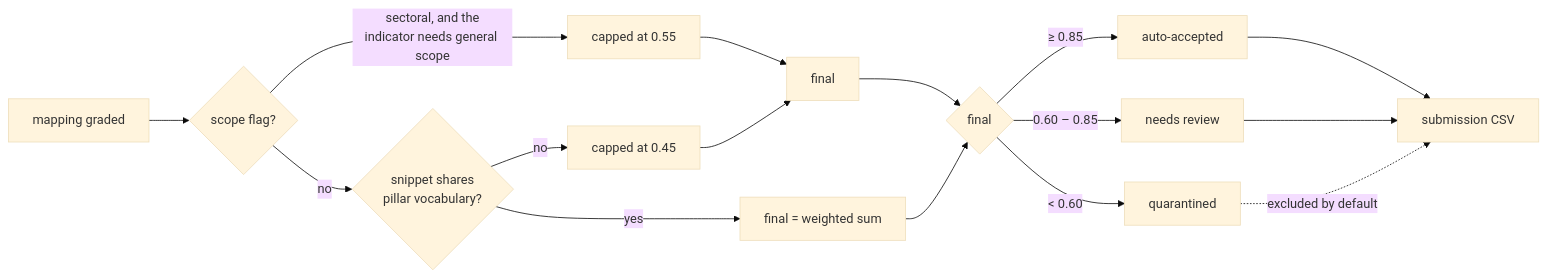
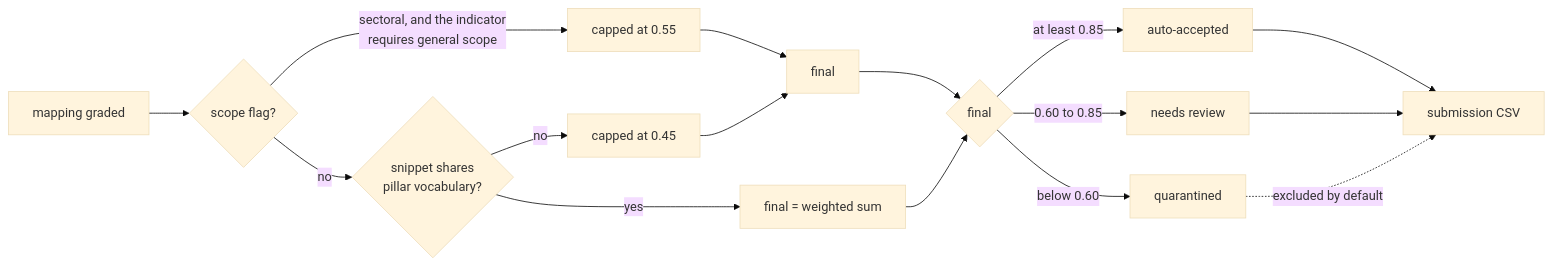
The fifth of 5 diagrams in docs/ARCHITECTURE.md (ftulabs/law-v2.0), drawn with Mermaid (base theme) before and after one commit. The commit also changed other lines of this file and 1 other file, not shown here.

First line of the commit message:
fix(docs): restore ARCHITECTURE.md, which the previous commit destroyed

````diff
--- a/docs/ARCHITECTURE.md
+++ b/docs/ARCHITECTURE.md
@@ -219,18 +183,18 @@
 ```mermaid
 flowchart LR
     M["mapping graded"] --> S{"scope flag?"}
-    S -->|"sectoral, and the<br/>indicator needs general scope"| CAP["capped at 0.55"]
+    S -->|"sectoral, and the indicator<br/>requires general scope"| CAP["capped at 0.55"]
     S -->|no| TC{"snippet shares<br/>pillar vocabulary?"}
     TC -->|no| CAP2["capped at 0.45"]
     TC -->|yes| N["final = weighted sum"]
     CAP --> N2["final"]
     CAP2 --> N2
     N --> R{"final"}
     N2 --> R
-    R -->|"≥ 0.85"| A["auto-accepted"]
-    R -->|"0.60 – 0.85"| P["needs review"]
-    R -->|"< 0.60"| Q["quarantined"]
+    R -->|"at least 0.85"| A["auto-accepted"]
+    R -->|"0.60 to 0.85"| P["needs review"]
+    R -->|"below 0.60"| Q["quarantined"]
     A --> CSV["submission CSV"]
     P --> CSV
     Q -.->|excluded by default| CSV
 ```
````
